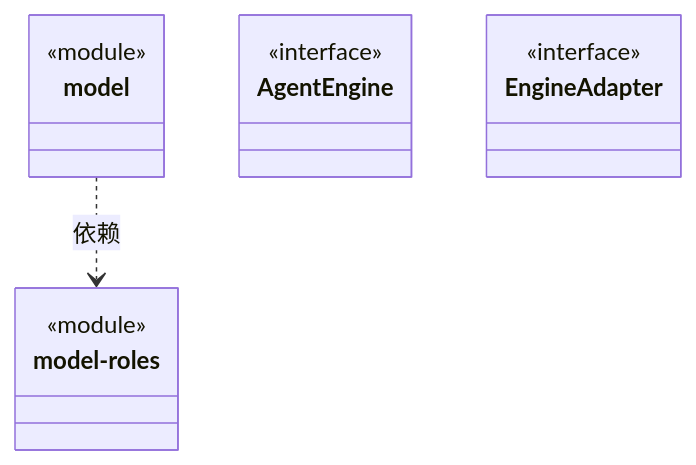
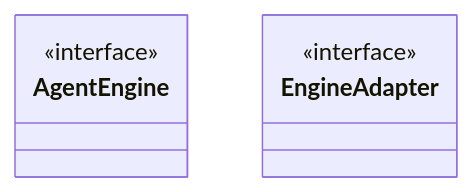
One commit to nan023062/cbim changed the diagram in src/framework/kernel/engines/ARCHITECTURE.md. Above: the diagram before and after it, drawn with Mermaid. The commit also changed other lines of this file and 480 other files, not shown here.

````diff
--- a/src/framework/kernel/engines/ARCHITECTURE.md
+++ b/src/framework/kernel/engines/ARCHITECTURE.md
@@ -20,20 +30,11 @@
 ```mermaid
 classDiagram
-class N_fa4db0dc7d64["model"] {
-  <<module>>
-}
-click N_fa4db0dc7d64 href "model.ts"
-class N_fac1f031e988["model-roles"] {
-  <<module>>
-}
-click N_fac1f031e988 href "model-roles.ts"
 class N_b753aba473a0["AgentEngine"] {
   <<interface>>
 }
 click N_b753aba473a0 href "agent-engine.ts"
 class N_1fbe02e1ce7c["EngineAdapter"] {
   <<interface>>
 }
 click N_1fbe02e1ce7c href "adapter.ts"
-N_fa4db0dc7d64 ..> N_fac1f031e988 : 依赖
 ```
````
